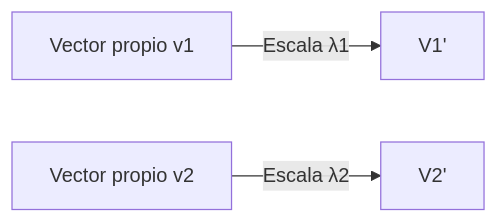
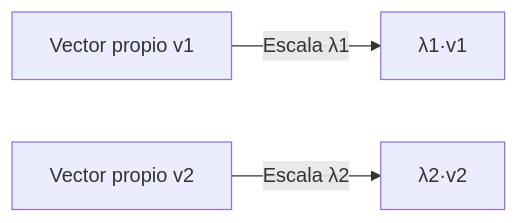
The first of 3 diagrams in public/documents/semester-3/1/3173.md (djaimej/computer-science-template), drawn with Mermaid before and after one commit. The commit also changed other lines of this file and 34 other files, not shown here.

````diff
--- a/public/documents/semester-3/1/3173.md
+++ b/public/documents/semester-3/1/3173.md
@@ -64,8 +79,8 @@
 ```mermaid
 flowchart LR
-  V1[Vector propio v1] -->|Escala λ1| V1'
-  V2[Vector propio v2] -->|Escala λ2| V2'
+  V1[Vector propio v1] -->|Escala λ1| W1["λ1·v1"]
+  V2[Vector propio v2] -->|Escala λ2| W2["λ2·v2"]
 
 V1:::razzmatazz
 V2:::caribbean
 ```
````
